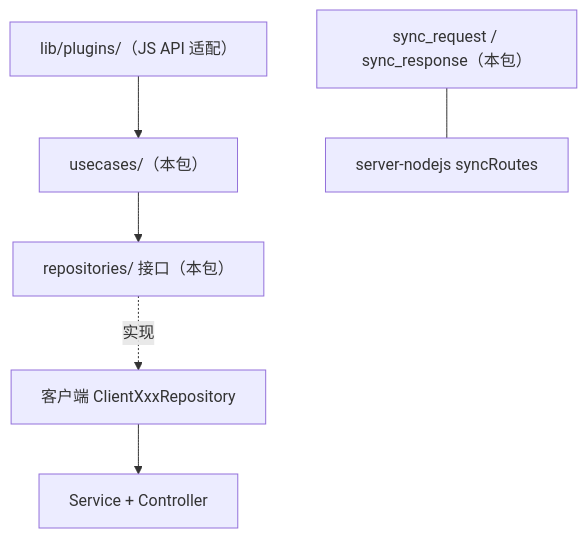
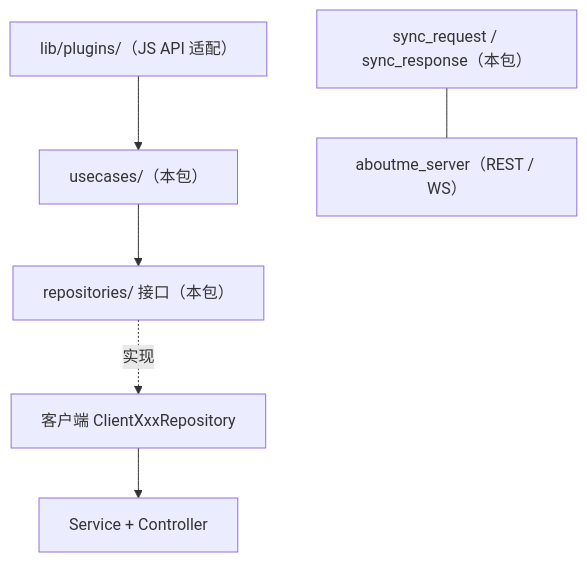
The diagram in shared_models/claude/overview.md (hunmer/about-me), drawn with Mermaid before and after one commit. The commit also changed 28 other files, not shown here.

````diff
--- a/shared_models/claude/overview.md
+++ b/shared_models/claude/overview.md
@@ -23,8 +23,8 @@
 ```mermaid
 graph TD
     P["lib/plugins/<x>（JS API 适配）"] --> U["usecases/<x>（本包）"]
     U --> R["repositories/<x> 接口（本包）"]
     R -.实现.-> CR["客户端 ClientXxxRepository"]
     CR --> SC["Service + Controller"]
-    Sync["sync_request / sync_response（本包）"] --- Server["server-nodejs syncRoutes"]
+    Sync["sync_request / sync_response（本包）"] --- Server["aboutme_server（REST / WS）"]
 ```
````
